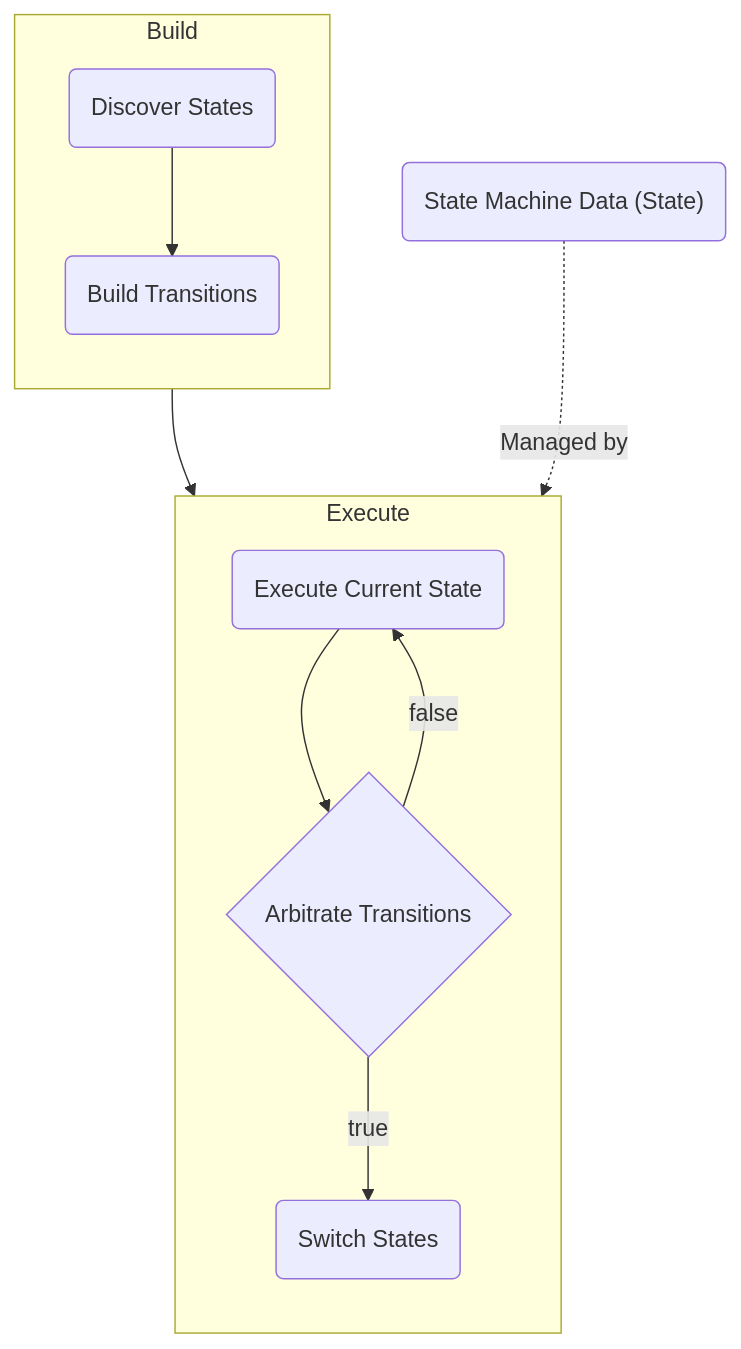
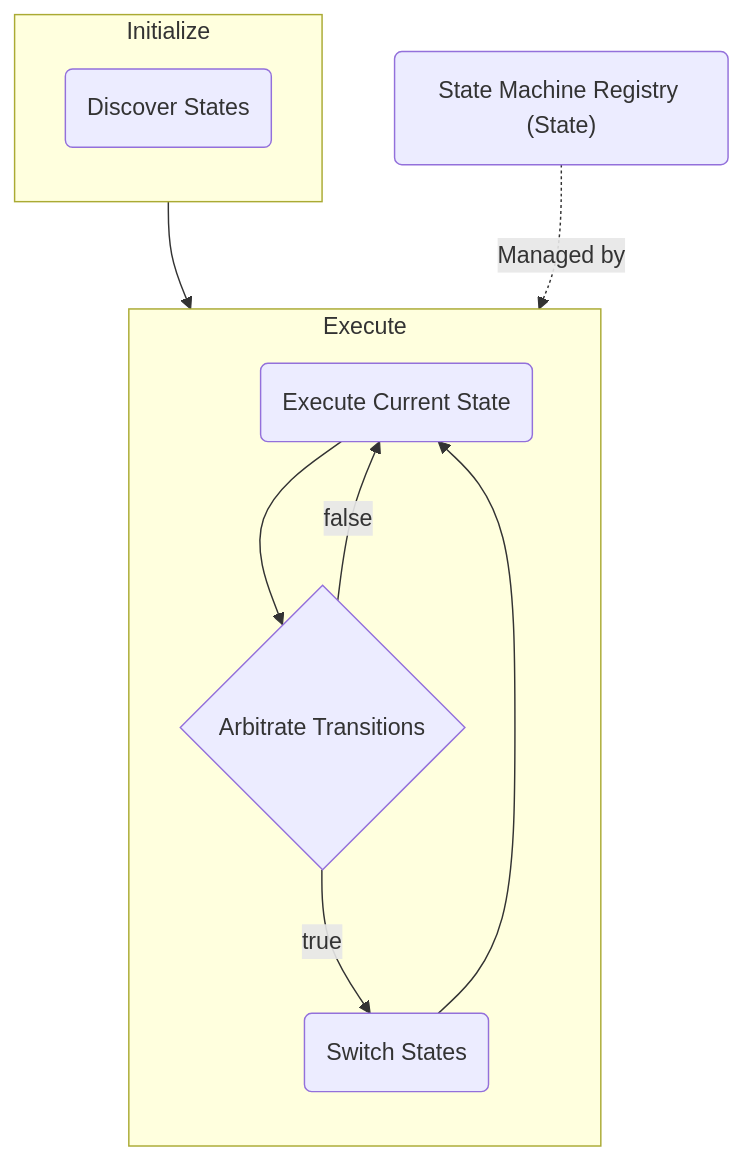
The diagram in Assets/Source/Systems/StateMachines/Documentation/StateMachineFramework.md (Chechol27/HeadRoom), drawn with Mermaid before and after one commit. The commit also changed other lines of this file and 74 other files, not shown here.

Commit message:
Added state machine registry implementation

````diff
--- a/Assets/Source/Systems/StateMachines/Documentation/StateMachineFramework.md
+++ b/Assets/Source/Systems/StateMachines/Documentation/StateMachineFramework.md
@@ -15,25 +15,24 @@
 ```mermaid
 
 flowchart TB
-    subgraph Build
+    subgraph Initialize
         direction TB
         b_statesFromData("Discover States")
-        b_transitionsFromData("Build Transitions")
-        b_statesFromData --> b_transitionsFromData
     end
+    Initialize --> Execute
     
     subgraph Execute
         direction TB
         e_ExecuteCurrentState("Execute Current State")
         e_evaluateTransitions{"Arbitrate Transitions"}
         e_switch("Switch States")
         e_ExecuteCurrentState --> e_evaluateTransitions
         e_evaluateTransitions -->|true| e_switch
         e_evaluateTransitions -->|false| e_ExecuteCurrentState
+        e_switch --> e_ExecuteCurrentState
         
     end
-    g_stateMachineData("State Machine Data (State)")
+    g_stateMachineData("State Machine Registry (State)")
     
-    Build --> Execute
     g_stateMachineData -.Managed by.-> Execute
 ```
````
